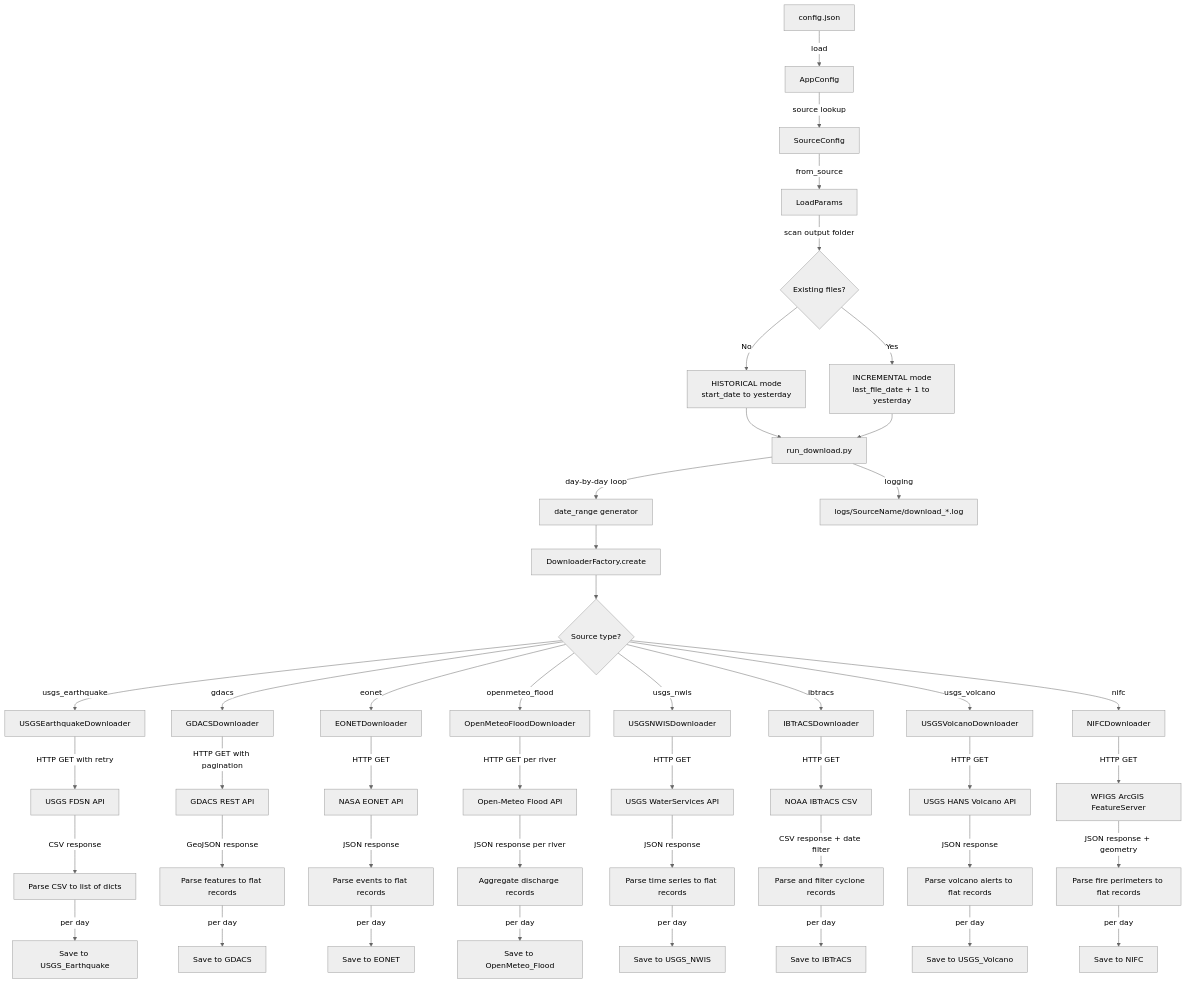
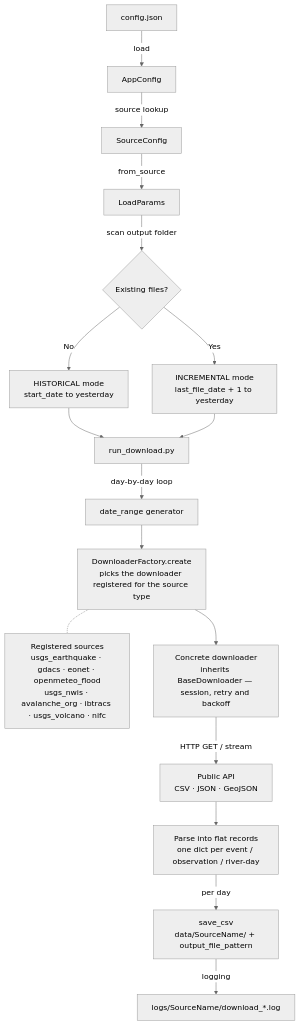
The diagram in README.md (kaluzny1995/GEO_Download), drawn with Mermaid (neutral theme) before and after one commit. The commit also changed other lines of this file and 4 other files, not shown here.

````diff
--- a/README.md
+++ b/README.md
@@ -493,47 +177,19 @@
 ```mermaid
 flowchart TD
-    A[config.json] -->|load| B[AppConfig]
-    B -->|source lookup| C[SourceConfig]
-    C -->|from_source| D[LoadParams]
-    D -->|scan output folder| E{Existing files?}
-    E -->|No| F[HISTORICAL mode<br/>start_date to yesterday]
-    E -->|Yes| G[INCREMENTAL mode<br/>last_file_date + 1 to yesterday]
-    F --> H[run_download.py]
+    A["config.json"] -->|load| B["AppConfig"]
+    B -->|source lookup| C["SourceConfig"]
+    C -->|from_source| D["LoadParams"]
+    D -->|scan output folder| E{"Existing files?"}
+    E -->|No| F["HISTORICAL mode<br/>start_date to yesterday"]
+    E -->|Yes| G["INCREMENTAL mode<br/>last_file_date + 1 to yesterday"]
+    F --> H["run_download.py"]
     G --> H
-    H -->|day-by-day loop| I[date_range generator]
-    I --> J[DownloaderFactory.create]
-    J --> K{Source type?}
-    K -->|usgs_earthquake| L[USGSEarthquakeDownloader]
-    K -->|gdacs| M[GDACSDownloader]
-    K -->|eonet| N[EONETDownloader]
-    K -->|openmeteo_flood| O[OpenMeteoFloodDownloader]
-    K -->|usgs_nwis| P[USGSNWISDownloader]
-    K -->|ibtracs| IB[IBTrACSDownloader]
-    K -->|usgs_volcano| UV[USGSVolcanoDownloader]
-    K -->|nifc| NF[NIFCDownloader]
-    L -->|HTTP GET with retry| Q[USGS FDSN API]
-    M -->|HTTP GET with pagination| R[GDACS REST API]
-    N -->|HTTP GET| S[NASA EONET API]
-    O -->|HTTP GET per river| T[Open-Meteo Flood API]
-    P -->|HTTP GET| U[USGS WaterServices API]
-    IB -->|HTTP GET| V2[NOAA IBTrACS CSV]
-    UV -->|HTTP GET| V4[USGS HANS Volcano API]
-    NF -->|HTTP GET| V5[WFIGS ArcGIS FeatureServer]
-    Q -->|CSV response| V[Parse CSV to list of dicts]
-    R -->|GeoJSON response| W[Parse features to flat records]
-    S -->|JSON response| X[Parse events to flat records]
-    T -->|JSON response per river| Y[Aggregate discharge records]
-    U -->|JSON response| Z[Parse time series to flat records]
-    V2 -->|CSV response + date filter| V3[Parse and filter cyclone records]
-    V4 -->|JSON response| V6[Parse volcano alerts to flat records]
-    V5 -->|JSON response + geometry| V7[Parse fire perimeters to flat records]
-    V -->|per day| AA[Save to USGS_Earthquake]
-    W -->|per day| AB[Save to GDACS]
-    X -->|per day| AC[Save to EONET]
-    Y -->|per day| AD[Save to OpenMeteo_Flood]
-    Z -->|per day| AE[Save to USGS_NWIS]
-    V3 -->|per day| AF2[Save to IBTrACS]
-    V6 -->|per day| AG[Save to USGS_Volcano]
-    V7 -->|per day| AH[Save to NIFC]
-    H -->|logging| AF[logs/SourceName/download_*.log]
+    H -->|day-by-day loop| I["date_range generator"]
+    I --> J["DownloaderFactory.create<br/>picks the downloader registered for the source type"]
+    J -.- J1["Registered sources<br/>usgs_earthquake · gdacs · eonet · openmeteo_flood<br/>usgs_nwis · avalanche_org · ibtracs · usgs_volcano · nifc"]
+    J --> K["Concrete downloader<br/>inherits BaseDownloader — session, retry and backoff"]
+    K -->|HTTP GET / stream| L["Public API<br/>CSV · JSON · GeoJSON"]
+    L --> M["Parse into flat records<br/>one dict per event / observation / river-day"]
+    M -->|per day| N["save_csv<br/>data/SourceName/ + output_file_pattern"]
+    N -->|logging| O["logs/SourceName/download_*.log"]
 ```
````
